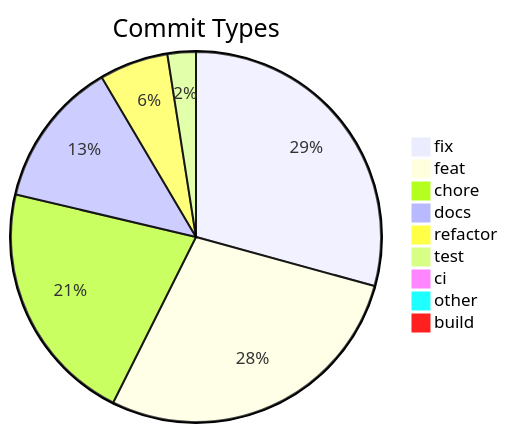
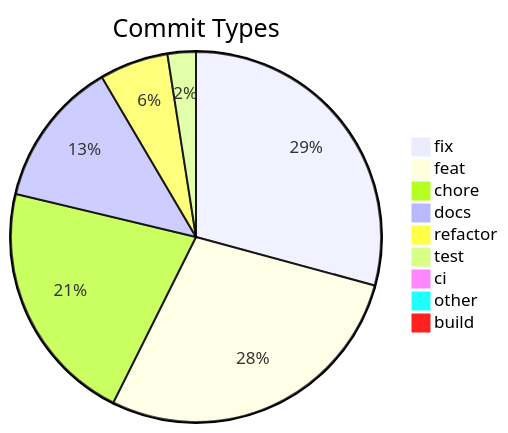
Before and after one commit to svenroth-ai/shipwright: the diagram in .shipwright/compliance/change-history.md, drawn with Mermaid. The commit also changed other lines of this file and 16 other files, not shown here.

````diff
--- a/.shipwright/compliance/change-history.md
+++ b/.shipwright/compliance/change-history.md
@@ -8,12 +8,12 @@
 ```mermaid
 pie title Commit Types
     "fix" : 331
-    "feat" : 318
-    "chore" : 241
+    "feat" : 319
+    "chore" : 242
     "docs" : 145
     "refactor" : 68
     "test" : 28
     "ci" : 11
     "other" : 9
     "build" : 1
 ```
````
